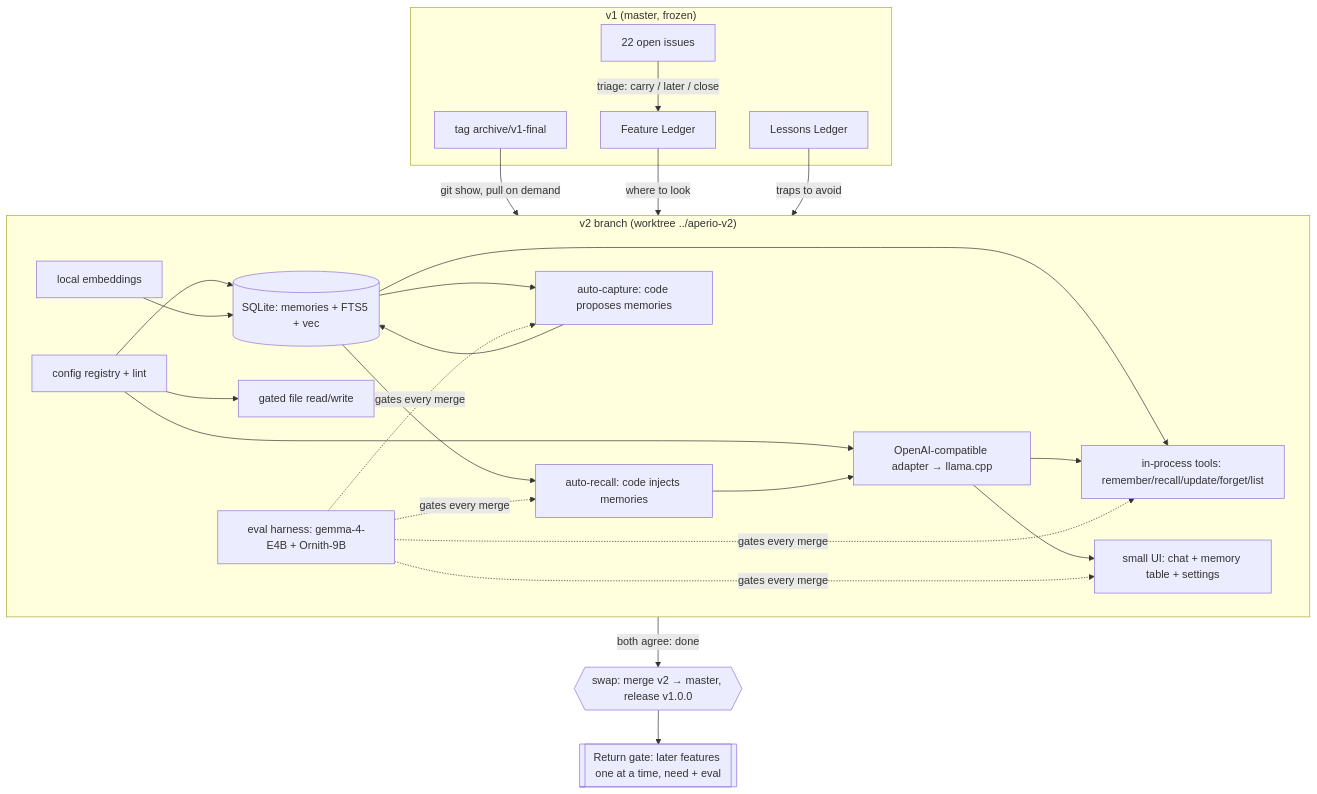
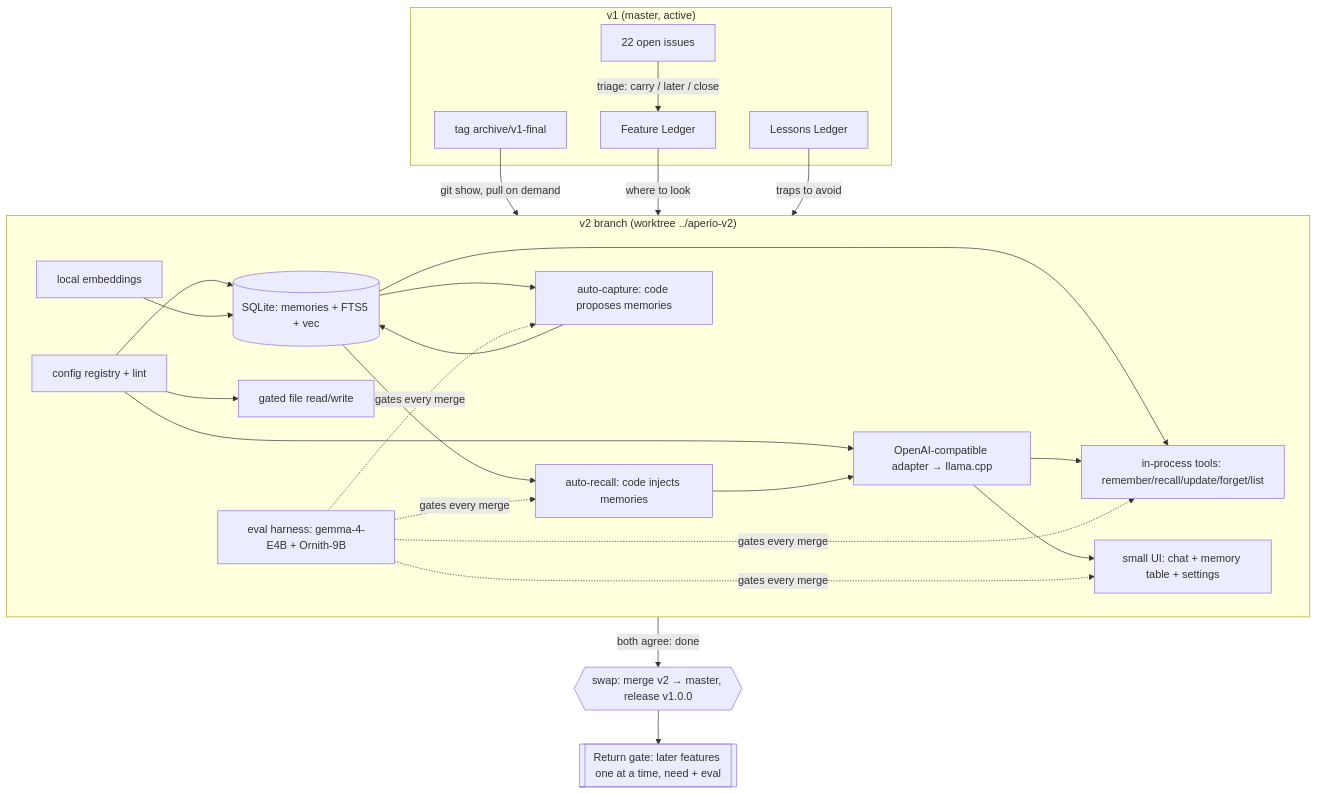
The second of 2 diagrams in trash/plans/aperio-v2/aperio-v2.md (BaiGanio/aperio), drawn with Mermaid before and after one commit. The commit also changed other lines of this file and 4 other files, not shown here.

````diff
--- a/trash/plans/aperio-v2/aperio-v2.md
+++ b/trash/plans/aperio-v2/aperio-v2.md
@@ -199,39 +200,39 @@
 ```mermaid
 graph TD
-    subgraph V1["v1 (master, frozen)"]
+    subgraph V1["v1 (master, active)"]
         T[tag archive/v1-final]
         FL[Feature Ledger]
         LL[Lessons Ledger]
         IS[22 open issues]
     end
 
     subgraph V2["v2 branch (worktree ../aperio-v2)"]
         CFG[config registry + lint]
         DB[(SQLite: memories + FTS5 + vec)]
         EMB[local embeddings]
         REC[auto-recall: code injects memories]
         CAP[auto-capture: code proposes memories]
         TOOLS[in-process tools: remember/recall/update/forget/list]
         PROV[OpenAI-compatible adapter → llama.cpp]
         FILES[gated file read/write]
         UI[small UI: chat + memory table + settings]
         EVAL[eval harness: gemma-4-E4B + Ornith-9B]
     end
 
     T -- "git show, pull on demand" --> V2
     FL -- "where to look" --> V2
     LL -- "traps to avoid" --> V2
     IS -- "triage: carry / later / close" --> FL
 
     CFG --> DB & PROV & FILES
     EMB --> DB
     DB --> REC & TOOLS & CAP
     REC --> PROV
     CAP --> DB
     PROV --> UI
     PROV --> TOOLS
     EVAL -. "gates every merge" .-> REC & CAP & TOOLS & UI
 
     V2 -- "both agree: done" --> SWAP{{swap: merge v2 → master, release v1.0.0}}
     SWAP --> GATE[[Return gate: later features one at a time, need + eval]]
 ```
````
